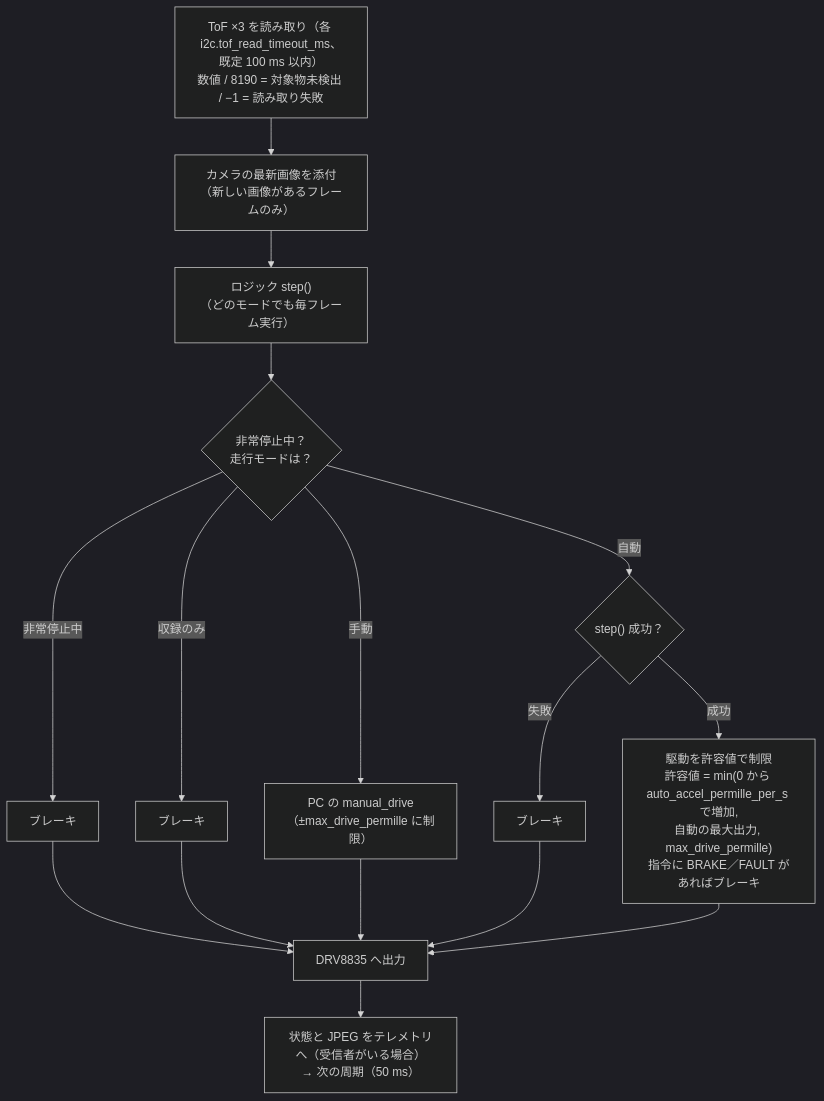
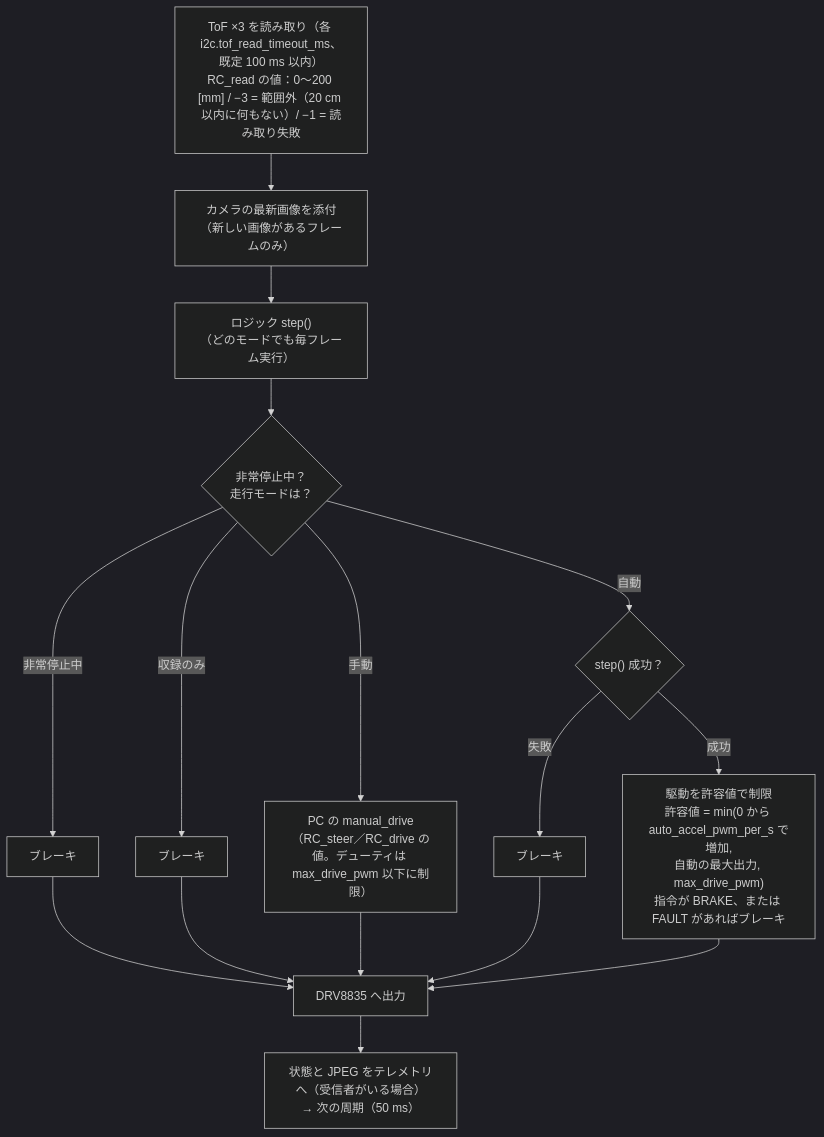
The diagram in docs/figures/ja/10-frame.mmd (RumiCar-group/RumiCar-Zero2Cam), drawn with Mermaid (dark theme) before and after one commit. The commit also changed 64 other files, not shown here.

```diff
--- a/docs/figures/ja/10-frame.mmd
+++ b/docs/figures/ja/10-frame.mmd
@@ -1,16 +1,16 @@
 flowchart TD
-    A["ToF ×3 を読み取り（各 i2c.tof_read_timeout_ms、既定 100 ms 以内）<br/>数値 / 8190 = 対象物未検出 / −1 = 読み取り失敗"] --> B["カメラの最新画像を添付<br/>（新しい画像があるフレームのみ）"]
+    A["ToF ×3 を読み取り（各 i2c.tof_read_timeout_ms、既定 100 ms 以内）<br/>RC_read の値：0〜200 [mm] / −3 = 範囲外（20 cm 以内に何もない）/ −1 = 読み取り失敗"] --> B["カメラの最新画像を添付<br/>（新しい画像があるフレームのみ）"]
     B --> C["ロジック step()<br/>（どのモードでも毎フレーム実行）"]
     C --> E{"非常停止中？<br/>走行モードは？"}
     E -->|"非常停止中"| B1["ブレーキ"]
     E -->|"収録のみ"| B2["ブレーキ"]
-    E -->|"手動"| H["PC の manual_drive<br/>（±max_drive_permille に制限）"]
+    E -->|"手動"| H["PC の manual_drive<br/>（RC_steer／RC_drive の値。デューティは max_drive_pwm 以下に制限）"]
     E -->|"自動"| F{"step() 成功？"}
     F -->|"失敗"| B3["ブレーキ"]
-    F -->|"成功"| G["駆動を許容値で制限<br/>許容値 = min(0 から auto_accel_permille_per_s で増加,<br/>自動の最大出力, max_drive_permille)<br/>指令に BRAKE／FAULT があればブレーキ"]
+    F -->|"成功"| G["駆動を許容値で制限<br/>許容値 = min(0 から auto_accel_pwm_per_s で増加,<br/>自動の最大出力, max_drive_pwm)<br/>指令が BRAKE、または FAULT があればブレーキ"]
     B1 --> MO["DRV8835 へ出力"]
     B2 --> MO
     B3 --> MO
     H --> MO
     G --> MO
     MO --> T["状態と JPEG をテレメトリへ（受信者がいる場合）<br/>→ 次の周期（50 ms）"]
```
